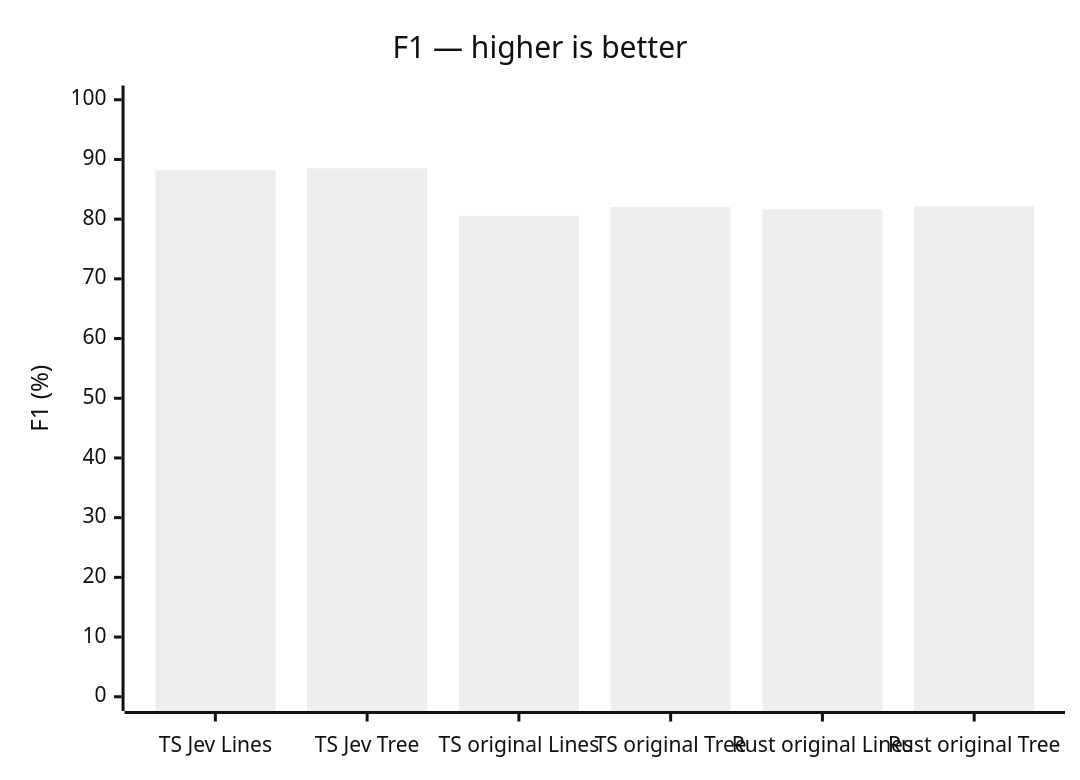
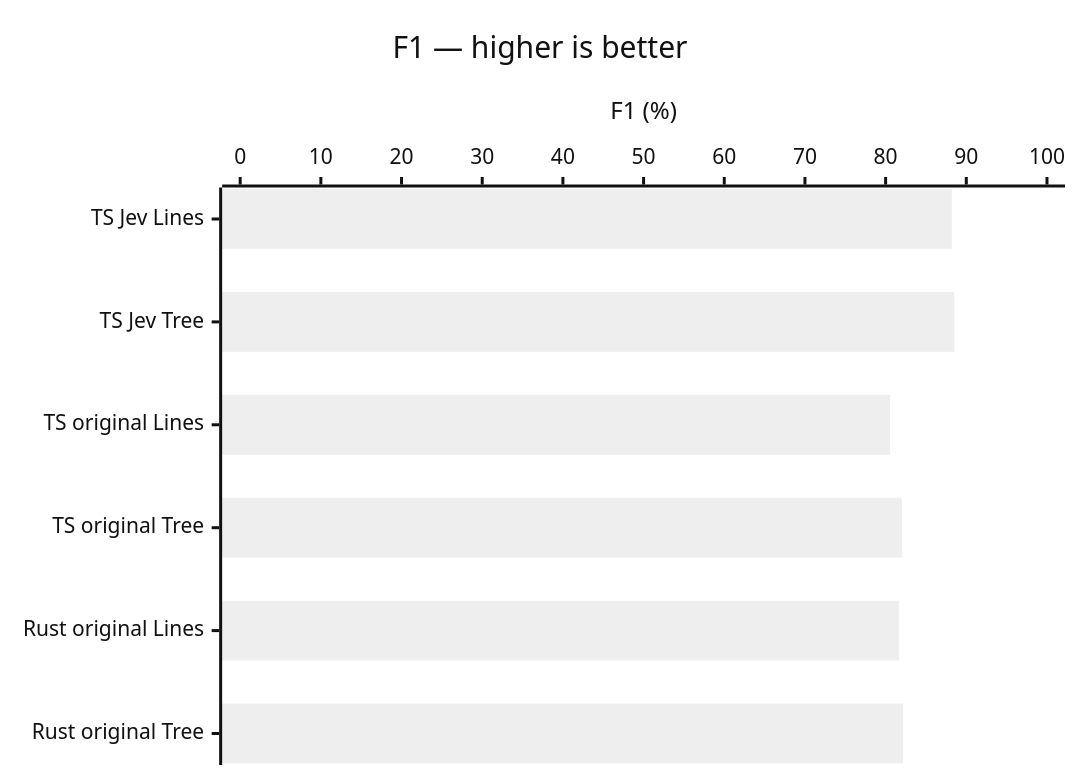
One commit to kossnocorp/spacer changed the fifth of 15 diagrams in docs/benchmark.md. Above: the diagram before and after it, drawn with Mermaid (neutral theme). The commit also changed other lines of this file and 29 other files, not shown here.

````diff
--- a/docs/benchmark.md
+++ b/docs/benchmark.md
@@ -29,7 +68,7 @@
 ```mermaid
-xychart-beta
+xychart-beta horizontal
   title "F1 — higher is better"
   x-axis ["TS Jev Lines", "TS Jev Tree", "TS original Lines", "TS original Tree", "Rust original Lines", "Rust original Tree"]
   y-axis "F1 (%)" 0 --> 100
-  bar [88.20, 88.52, 80.56, 82.01, 81.65, 82.18]
+  bar [88.2, 88.52, 80.56, 82.01, 81.65, 82.18]
 ```
````
